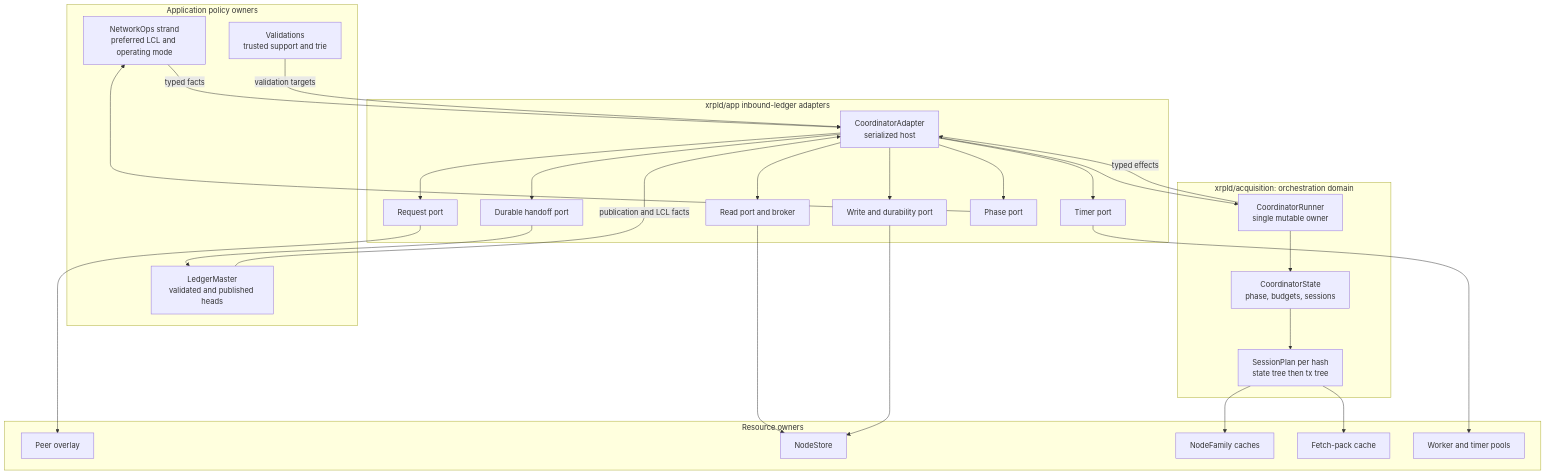
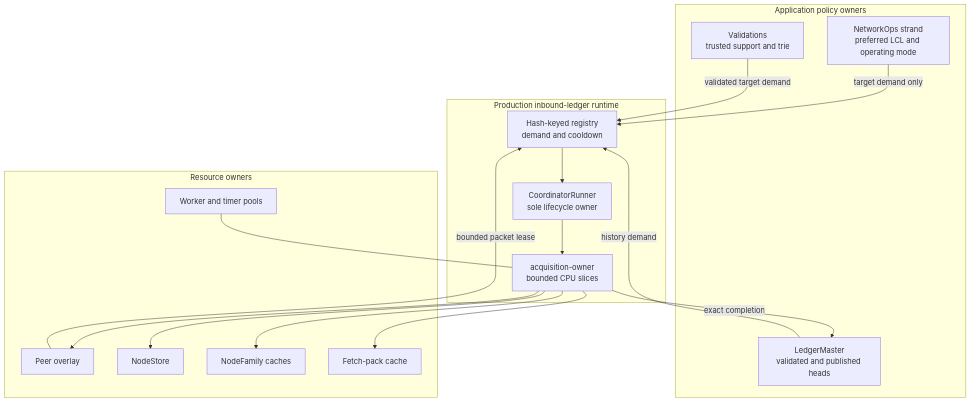
Before and after one commit to TusharPardhe/quaxar: the first of 10 diagrams in docs/ACQUISITION.md, drawn with Mermaid. The commit also changed other lines of this file and 204 other files, not shown here.

````diff
--- a/docs/ACQUISITION.md
+++ b/docs/ACQUISITION.md
@@ -40,48 +48,34 @@
 ```mermaid
 flowchart TB
     subgraph Policy[Application policy owners]
         NO[NetworkOps strand<br/>preferred LCL and operating mode]
         LM[LedgerMaster<br/>validated and published heads]
         VA[Validations<br/>trusted support and trie]
     end
 
-    subgraph Acquisition[xrpld/acquisition: orchestration domain]
-        CR[CoordinatorRunner<br/>single mutable owner]
-        CS[CoordinatorState<br/>phase, budgets, sessions]
-        SP[SessionPlan per hash<br/>state tree then tx tree]
-        CR --> CS
-        CS --> SP
-    end
-
-    subgraph Adapters[xrpld/app inbound-ledger adapters]
-        CA[CoordinatorAdapter<br/>serialized host]
-        RP[Request port]
-        RDP[Read port and broker]
-        WP[Write and durability port]
-        TP[Timer port]
-        HP[Durable handoff port]
-        PP[Phase port]
+    subgraph Runtime[Production inbound-ledger runtime]
+        RG[Hash-keyed registry<br/>demand and cooldown]
+        CO[CoordinatorRunner<br/>sole lifecycle owner]
+        EX[acquisition-owner<br/>bounded CPU slices]
+        RG --> CO --> EX
     end
 
     subgraph Resources[Resource owners]
         OV[Peer overlay]
         NS[NodeStore]
         NF[NodeFamily caches]
         FP[Fetch-pack cache]
         WK[Worker and timer pools]
     end
 
-    NO -->|typed facts| CA
-    LM -->|publication and LCL facts| CA
-    VA -->|validation targets| CA
-    CA --> CR
-    CR -->|typed effects| CA
-    CA --> RP --> OV
-    CA --> RDP --> NS
-    CA --> WP --> NS
-    CA --> TP --> WK
-    CA --> HP --> LM
-    CA --> PP --> NO
-    SP --> NF
-    SP --> FP
+    NO -->|target demand only| RG
+    LM -->|history demand| RG
+    VA -->|validated target demand| RG
+    OV -->|bounded packet lease| RG
+    EX --> OV
+    EX --> NS
+    EX --> NF
+    EX --> FP
+    EX -->|exact completion| LM
+    WK --- EX
 ```
````
